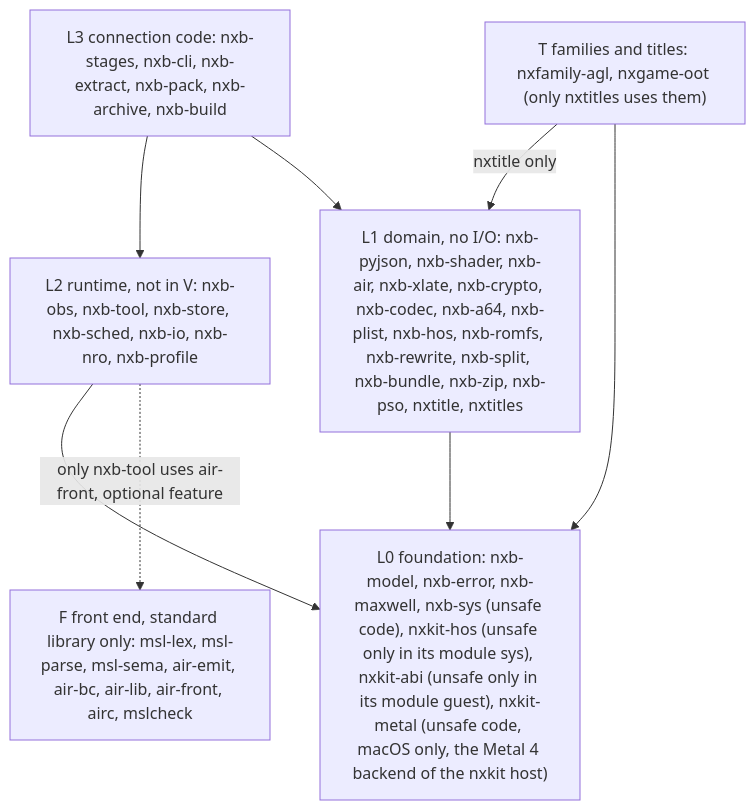
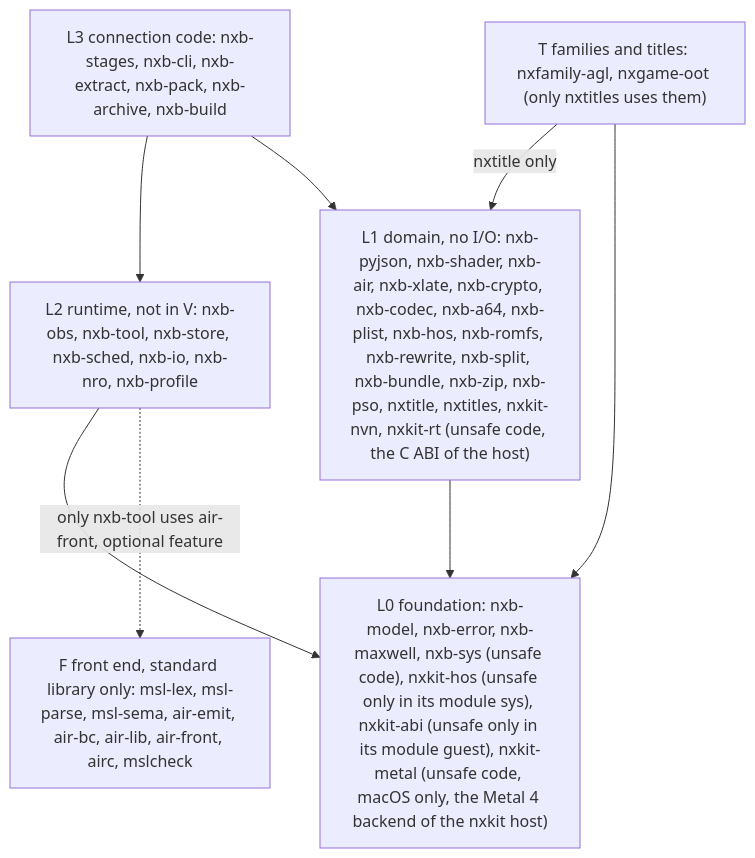
Before and after one commit to b4f8abbb24dbf56a7d0280f296e16eeb/nxkit: the first of 2 diagrams in docs/architecture.md, drawn with Mermaid. The commit also changed 5 other files, not shown here.

Commit message:
Document the NVN C ABI, the queue state and the TIC and TSC checks

````diff
--- a/docs/architecture.md
+++ b/docs/architecture.md
@@ -19,14 +19,14 @@
 ```mermaid
 flowchart TD
   L3["L3 connection code: nxb-stages, nxb-cli, nxb-extract, nxb-pack, nxb-archive, nxb-build"]
   L2["L2 runtime, not in V: nxb-obs, nxb-tool, nxb-store, nxb-sched, nxb-io, nxb-nro, nxb-profile"]
-  L1["L1 domain, no I/O: nxb-pyjson, nxb-shader, nxb-air, nxb-xlate, nxb-crypto, nxb-codec, nxb-a64, nxb-plist, nxb-hos, nxb-romfs, nxb-rewrite, nxb-split, nxb-bundle, nxb-zip, nxb-pso, nxtitle, nxtitles"]
+  L1["L1 domain, no I/O: nxb-pyjson, nxb-shader, nxb-air, nxb-xlate, nxb-crypto, nxb-codec, nxb-a64, nxb-plist, nxb-hos, nxb-romfs, nxb-rewrite, nxb-split, nxb-bundle, nxb-zip, nxb-pso, nxtitle, nxtitles, nxkit-nvn, nxkit-rt (unsafe code, the C ABI of the host)"]
   L0["L0 foundation: nxb-model, nxb-error, nxb-maxwell, nxb-sys (unsafe code), nxkit-hos (unsafe only in its module sys), nxkit-abi (unsafe only in its module guest), nxkit-metal (unsafe code, macOS only, the Metal 4 backend of the nxkit host)"]
   LT["T families and titles: nxfamily-agl, nxgame-oot (only nxtitles uses them)"]
   LF["F front end, standard library only: msl-lex, msl-parse, msl-sema, air-emit, air-bc, air-lib, air-front, airc, mslcheck"]
   L3 --> L2 --> L0
   L3 --> L1 --> L0
   LT -->|nxtitle only| L1
   LT --> L0
   L2 -.->|only nxb-tool uses air-front, optional feature| LF
 ```
````
